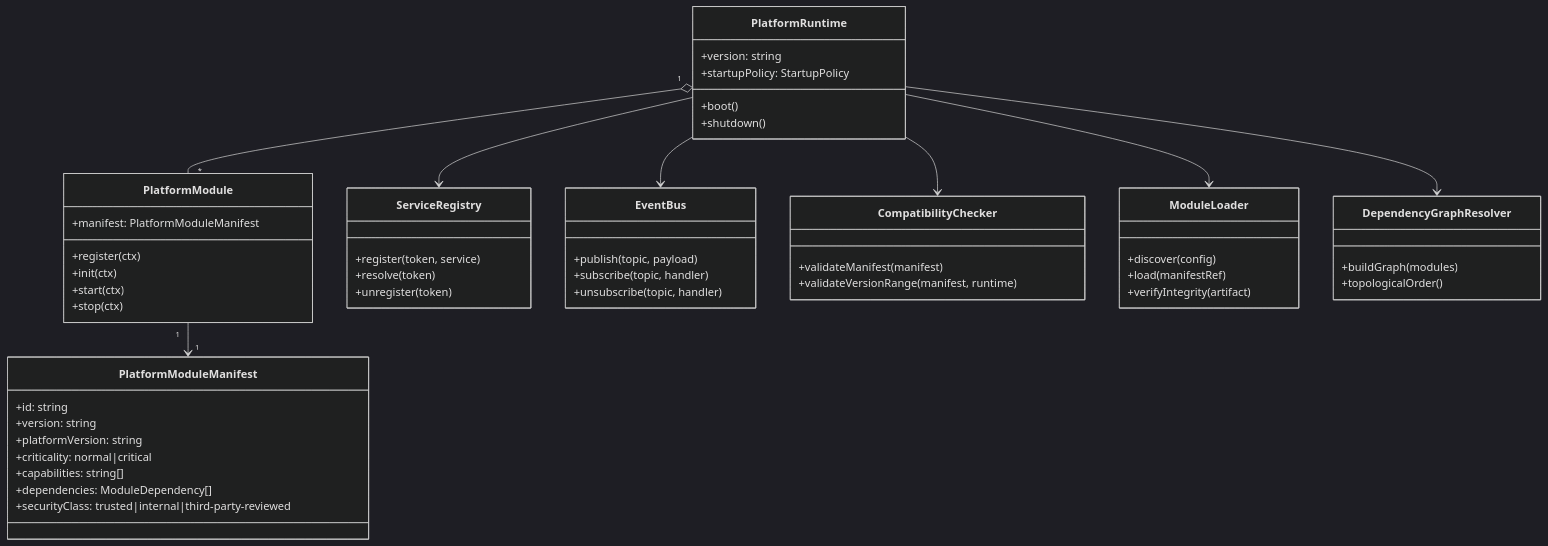
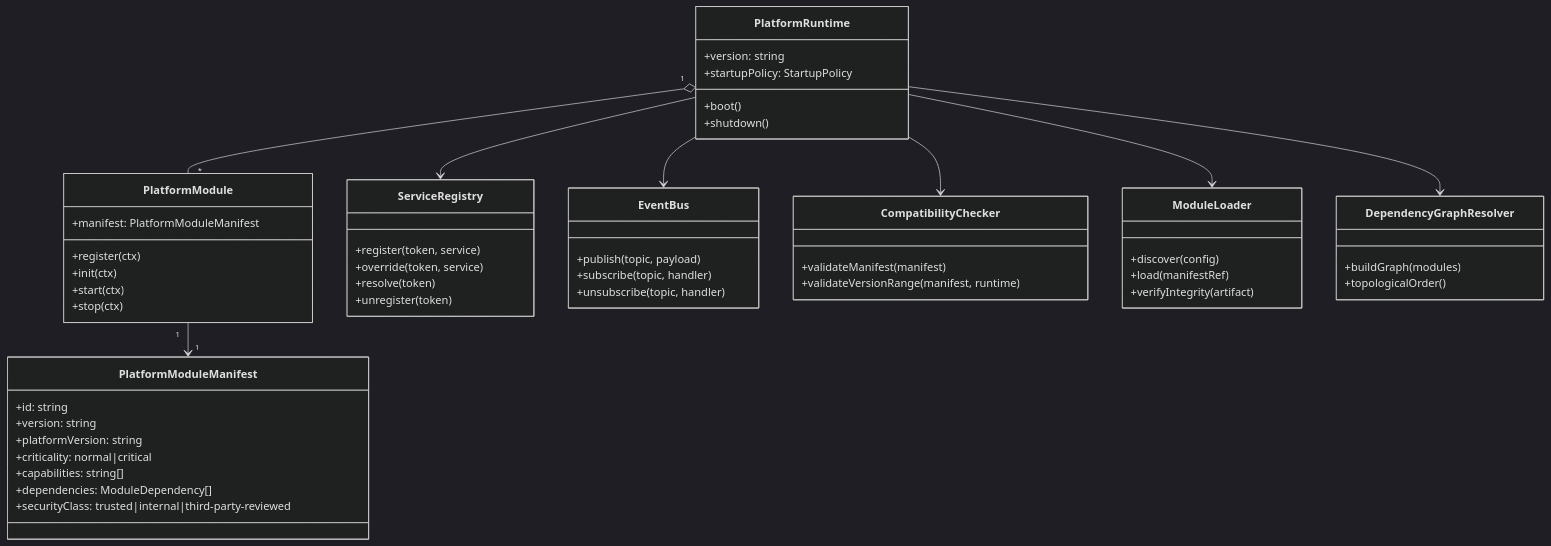
One commit to prosto-systems/prosto-platform changed the first of 2 diagrams in .context/02-architecture-design/02-domain-and-capability-model.md. Above: the diagram before and after it, drawn with Mermaid (dark theme). The commit also changed 67 other files, not shown here.

````diff
--- a/.context/02-architecture-design/02-domain-and-capability-model.md
+++ b/.context/02-architecture-design/02-domain-and-capability-model.md
@@ -22,63 +22,64 @@
 ```mermaid
 classDiagram
   class PlatformRuntime {
     +version: string
     +startupPolicy: StartupPolicy
     +boot()
     +shutdown()
   }
 
   class PlatformModule {
     +manifest: PlatformModuleManifest
     +register(ctx)
     +init(ctx)
     +start(ctx)
     +stop(ctx)
   }
 
   class PlatformModuleManifest {
     +id: string
     +version: string
     +platformVersion: string
     +criticality: normal|critical
     +capabilities: string[]
     +dependencies: ModuleDependency[]
     +securityClass: trusted|internal|third-party-reviewed
   }
 
   class ServiceRegistry {
     +register(token, service)
+    +override(token, service)
     +resolve(token)
     +unregister(token)
   }
 
   class EventBus {
     +publish(topic, payload)
     +subscribe(topic, handler)
     +unsubscribe(topic, handler)
   }
 
   class CompatibilityChecker {
     +validateManifest(manifest)
     +validateVersionRange(manifest, runtime)
   }
 
   class ModuleLoader {
     +discover(config)
     +load(manifestRef)
     +verifyIntegrity(artifact)
   }
 
   class DependencyGraphResolver {
     +buildGraph(modules)
     +topologicalOrder()
   }
 
   PlatformRuntime --> ModuleLoader
   PlatformRuntime --> CompatibilityChecker
   PlatformRuntime --> DependencyGraphResolver
   PlatformRuntime --> ServiceRegistry
   PlatformRuntime --> EventBus
   PlatformRuntime "1" o-- "*" PlatformModule
   PlatformModule "1" --> "1" PlatformModuleManifest
 ```
````
